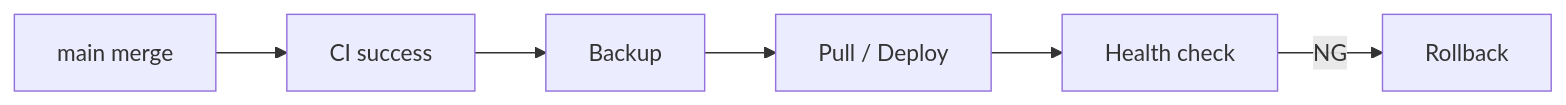
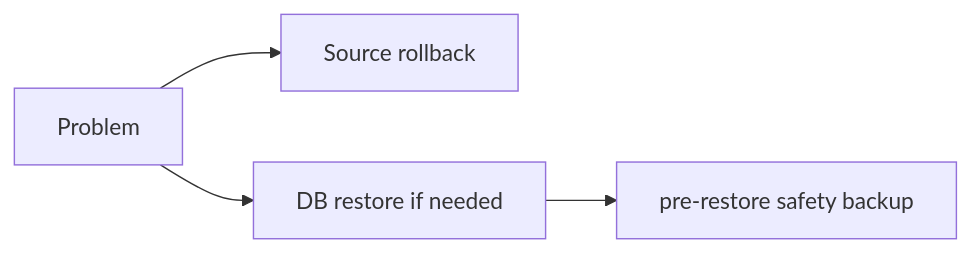
Before and after one commit to k-systems202208/python-sqlite-tailscale-webapp-template: the fifth of 5 diagrams in docs/DEPLOYMENT.md, drawn with Mermaid. The commit also changed other lines of this file and 42 other files, not shown here.

````diff
--- a/docs/DEPLOYMENT.md
+++ b/docs/DEPLOYMENT.md
@@ -222,8 +228,6 @@
 ```mermaid
 flowchart LR
-    M["main merge"] --> C["CI success"]
-    C --> B["Backup"]
-    B --> P["Pull / Deploy"]
-    P --> H["Health check"]
-    H -->|"NG"| R["Rollback"]
+    X["Problem"] --> S["Source rollback"]
+    X --> D["DB restore if needed"]
+    D --> B["pre-restore safety backup"]
 ```
````
